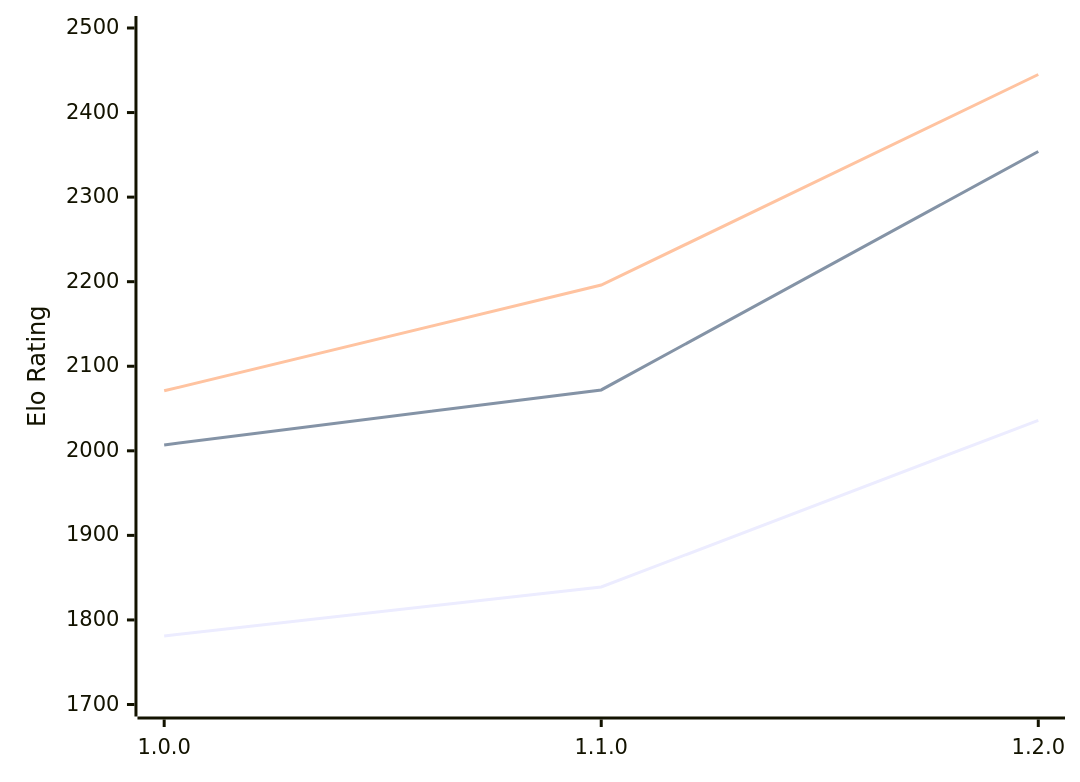
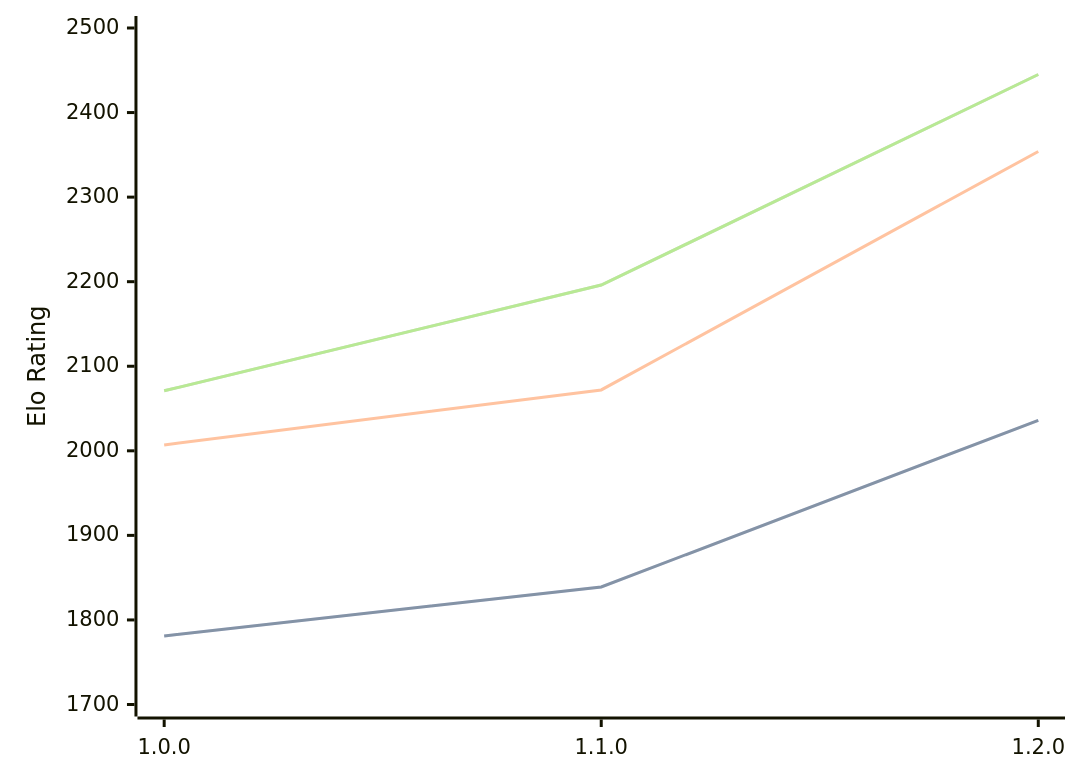
The diagram in engines/Anodos.md (computer-chess-index/cci), drawn with Mermaid before and after one commit. The commit also changed other lines of this file, not shown here.

Commit message:
Update CCI Ratings (ELO VLTC) - 2026-02-13

````diff
--- a/engines/Anodos.md
+++ b/engines/Anodos.md
@@ -41,9 +41,11 @@
 ```mermaid
 %%{init: {"theme":"base","themeVariables":{"seriesColors:['#a3a3a3','#222221','#faa371']}}}%%
 xychart-beta
   x-axis ["1.0.0", "1.1.0", "1.2.0"]
   y-axis "Elo Rating" 1700 --> 2500
   line "STC (8.0+0.08s)" [1781, 1839, 2036]
+  line "STC (8.0+0.08s)" [1781, 1839, 2036]
   line "LTC (60.0+0.60s)" [2007, 2072, 2354]
   line "VLTC (2m24s+1.12s)" [2071, 2196, 2445]
+  line "VLTC (2m24s+1.12s)" [2071, 2196, 2445]
 ```
````
